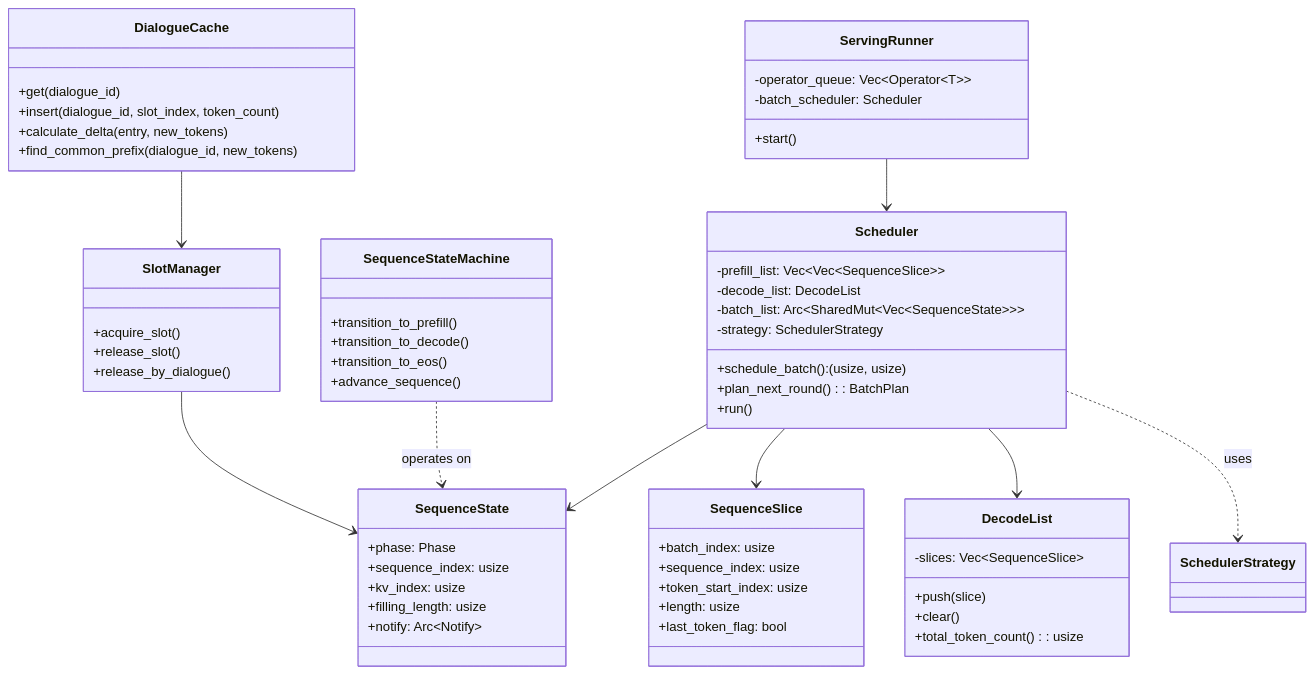
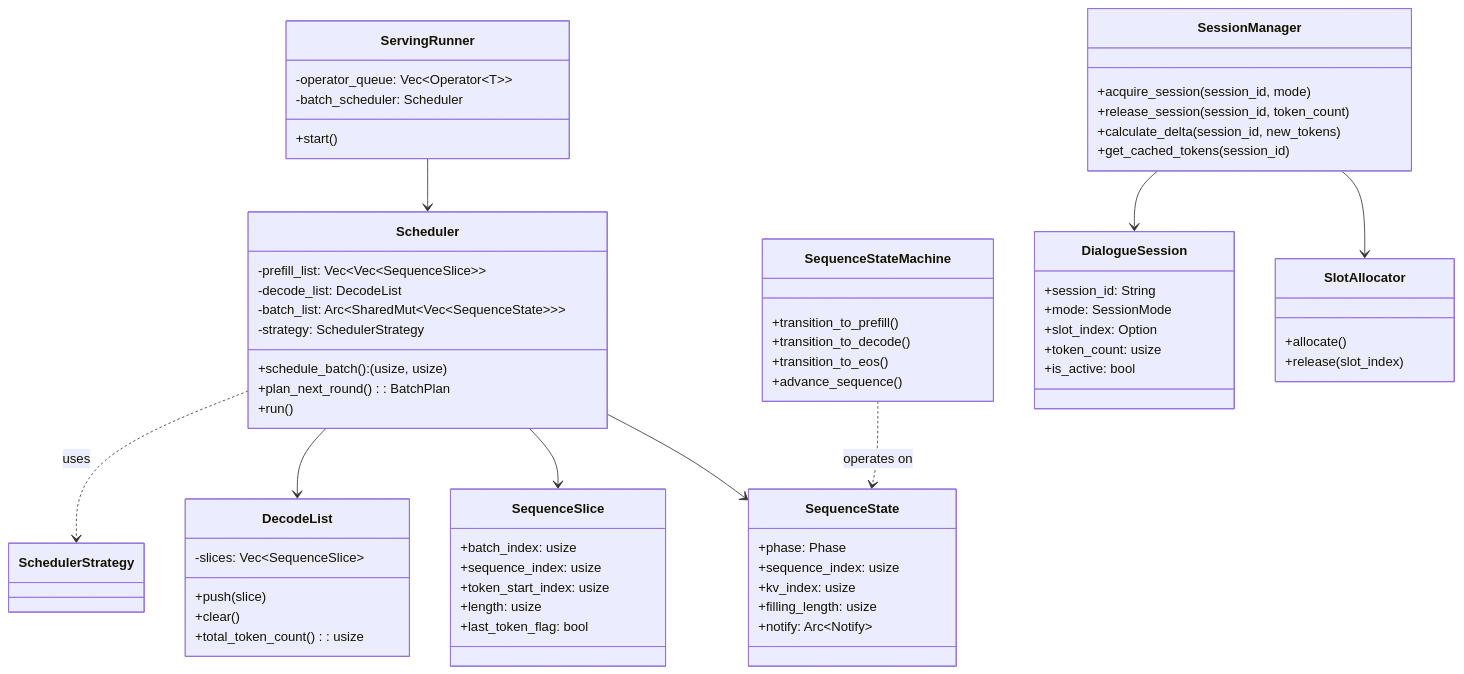
The second of 4 diagrams in docs/design/runtime/overview.md (lucienhuangfu/eLLM), drawn with Mermaid before and after one commit. The commit also changed other lines of this file and 45 other files, not shown here.

````diff
--- a/docs/design/runtime/overview.md
+++ b/docs/design/runtime/overview.md
@@ -71,70 +71,77 @@
 ```mermaid
 classDiagram
     class Scheduler {
         -prefill_list: Vec~Vec~SequenceSlice~~
         -decode_list: DecodeList
         -batch_list: Arc~SharedMut~Vec~SequenceState~~~
         -strategy: SchedulerStrategy
         +schedule_batch(): (usize, usize)
         +plan_next_round(): BatchPlan
         +run()
     }
 
     class ServingRunner {
         -operator_queue: Vec~Operator~T~~
         -batch_scheduler: Scheduler
         +start()
     }
 
     class SequenceState {
         +phase: Phase
         +sequence_index: usize
         +kv_index: usize
         +filling_length: usize
         +notify: Arc~Notify~
     }
 
     class SequenceSlice {
         +batch_index: usize
         +sequence_index: usize
         +token_start_index: usize
         +length: usize
         +last_token_flag: bool
     }
 
     class DecodeList {
         -slices: Vec~SequenceSlice~
         +push(slice)
         +clear()
         +total_token_count(): usize
     }
 
     class SequenceStateMachine {
         +transition_to_prefill()
         +transition_to_decode()
         +transition_to_eos()
         +advance_sequence()
     }
 
-    class SlotManager {
-        +acquire_slot()
-        +release_slot()
-        +release_by_dialogue()
+    class SessionManager {
+        +acquire_session(session_id, mode)
+        +release_session(session_id, token_count)
+        +calculate_delta(session_id, new_tokens)
+        +get_cached_tokens(session_id)
     }
 
-    class DialogueCache {
-        +get(dialogue_id)
-        +insert(dialogue_id, slot_index, token_count)
-        +calculate_delta(entry, new_tokens)
-        +find_common_prefix(dialogue_id, new_tokens)
+    class SlotAllocator {
+        +allocate()
+        +release(slot_index)
+    }
+
+    class DialogueSession {
+        +session_id: String
+        +mode: SessionMode
+        +slot_index: Option<usize>
+        +token_count: usize
+        +is_active: bool
     }
 
     Scheduler --> SequenceState
     Scheduler --> SequenceSlice
     Scheduler --> DecodeList
     Scheduler ..> SchedulerStrategy : uses
     ServingRunner --> Scheduler
     SequenceStateMachine ..> SequenceState : operates on
-    SlotManager --> SequenceState
-    DialogueCache --> SlotManager
+    SessionManager --> SlotAllocator
+    SessionManager --> DialogueSession
 ```
````
